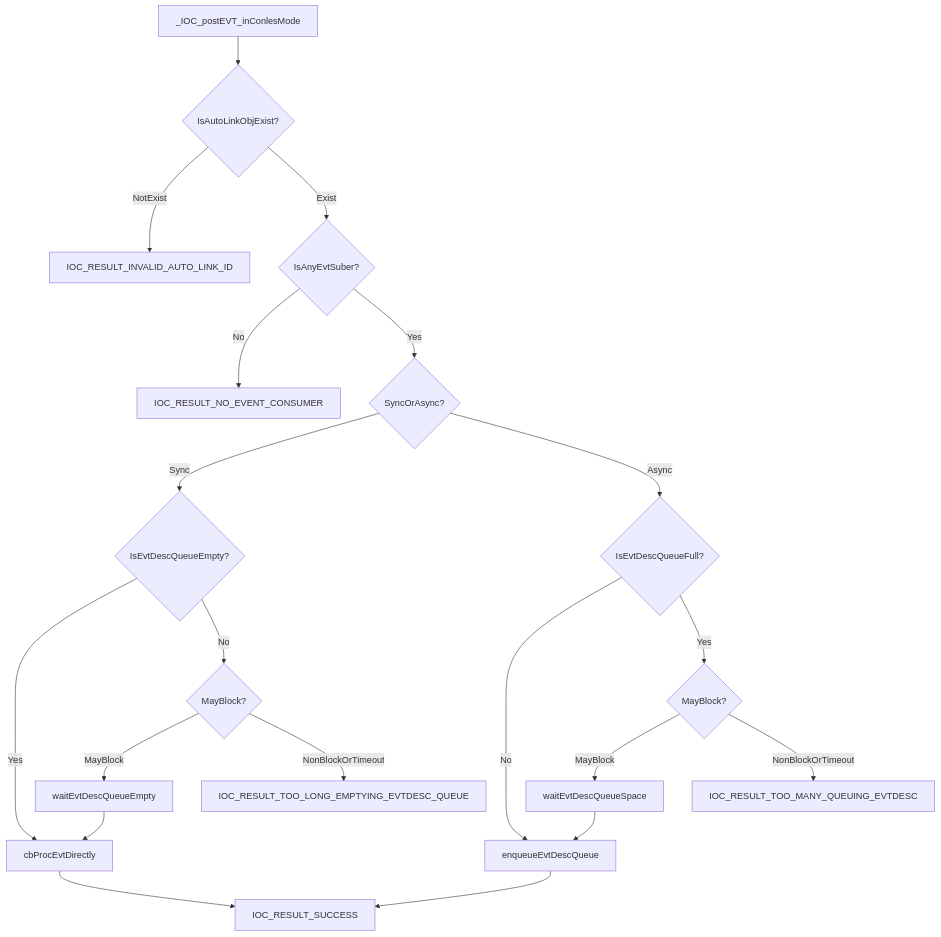
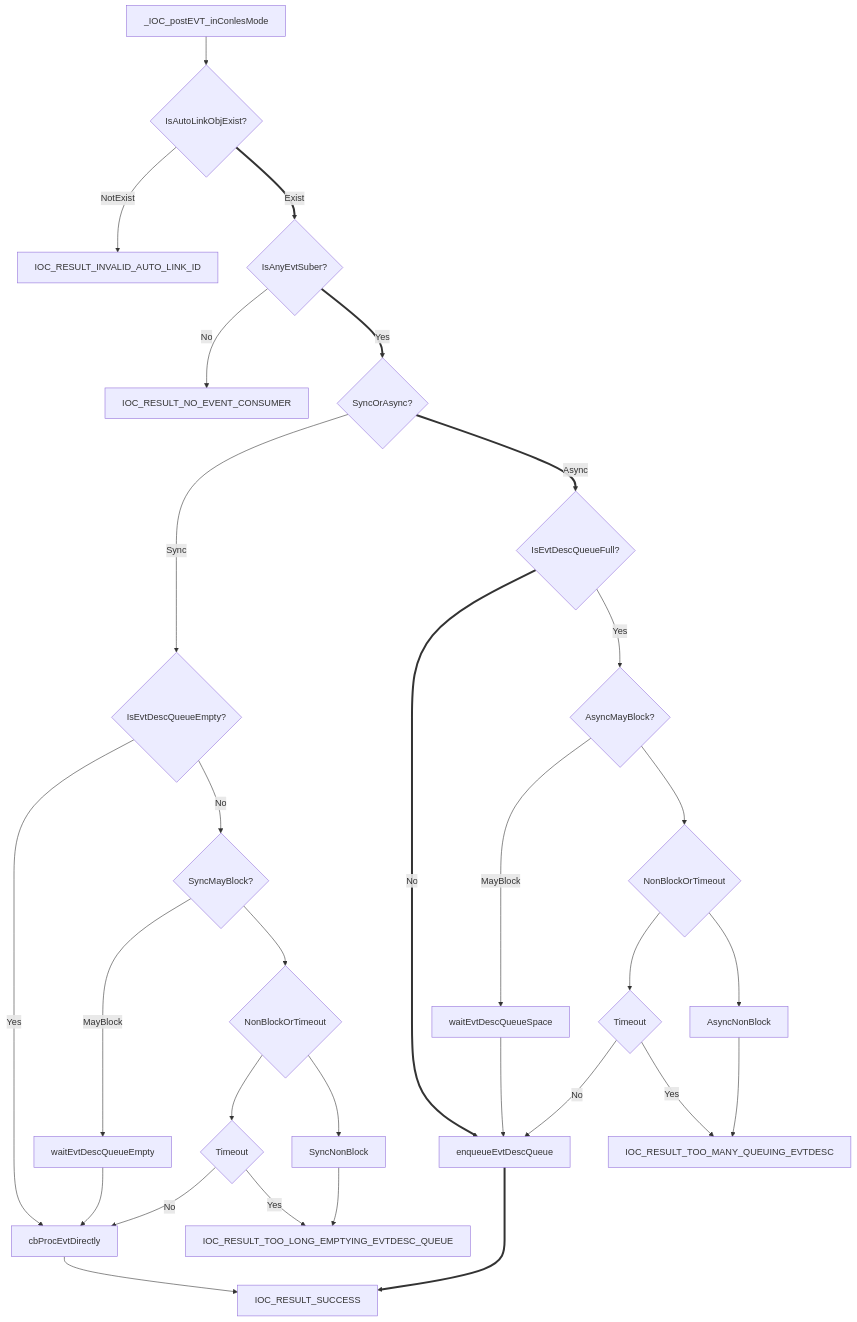
Before and after one commit to EnigmaWU/MyIOC_inTDD_withGHC: the second of 2 diagrams in Source/_IOC_ConlesEvent.md, drawn with Mermaid. The commit also changed 1 other file, not shown here.

Commit message:
Refactoring comments and flowchart of _IOC_postEVT_inConlesMode

````diff
--- a/Source/_IOC_ConlesEvent.md
+++ b/Source/_IOC_ConlesEvent.md
@@ -24,18 +24,29 @@
 ```mermaid
 flowchart TD
     _IOC_postEVT_inConlesMode --> AutoLinkObj{ IsAutoLinkObjExist? }
     AutoLinkObj -- NotExist --> IOC_RESULT_INVALID_AUTO_LINK_ID
-    AutoLinkObj -- Exist --> EvtSuber{ IsAnyEvtSuber? }
+    AutoLinkObj == Exist ==> EvtSuber{ IsAnyEvtSuber? }
     EvtSuber -- No --> IOC_RESULT_NO_EVENT_CONSUMER
-    EvtSuber -- Yes --> OptMode{ SyncOrAsync? }
+    EvtSuber == Yes ==> OptMode{ SyncOrAsync? }
+
     OptMode -- Sync --> IsEvtDescQueueEmpty{ IsEvtDescQueueEmpty? }
     IsEvtDescQueueEmpty -- Yes --> cbProcEvtDirectly
-    IsEvtDescQueueEmpty -- No --> OptWaitSync{ MayBlock? }
+    IsEvtDescQueueEmpty -- No --> OptWaitSync{ SyncMayBlock? }
     OptWaitSync -- MayBlock --> waitEvtDescQueueEmpty --> cbProcEvtDirectly --> IOC_RESULT_SUCCESS
-    OptWaitSync -- NonBlockOrTimeout --> IOC_RESULT_TOO_LONG_EMPTYING_EVTDESC_QUEUE
-    OptMode -- Async --> EvtDescQueue{ IsEvtDescQueueFull? }
-    EvtDescQueue -- No --> enqueueEvtDescQueue
-    EvtDescQueue -- Yes --> OptWaitASync{ MayBlock? }
-    OptWaitASync -- MayBlock --> waitEvtDescQueueSpace --> enqueueEvtDescQueue --> IOC_RESULT_SUCCESS
-    OptWaitASync -- NonBlockOrTimeout --> IOC_RESULT_TOO_MANY_QUEUING_EVTDESC
+    OptWaitSync --> SyncWaitMode{ NonBlockOrTimeout } 
+    SyncWaitMode --> SyncWaitTimeout{Timeout} 
+    SyncWaitTimeout -- No --> cbProcEvtDirectly
+    SyncWaitTimeout -- Yes --> IOC_RESULT_TOO_LONG_EMPTYING_EVTDESC_QUEUE
+    SyncWaitMode --> SyncNonBlock --> IOC_RESULT_TOO_LONG_EMPTYING_EVTDESC_QUEUE
+    
+    OptMode == Async ==> EvtDescQueue{ IsEvtDescQueueFull? }
+    EvtDescQueue == No ==> enqueueEvtDescQueue
+    EvtDescQueue -- Yes --> OptWaitASync{ AsyncMayBlock? }
+    OptWaitASync -- MayBlock --> waitEvtDescQueueSpace --> enqueueEvtDescQueue ===> IOC_RESULT_SUCCESS
+    OptWaitASync --> ASyncWaitMode{ NonBlockOrTimeout } 
+    ASyncWaitMode --> ASyncWaitTimeout{Timeout}
+    ASyncWaitTimeout -- No --> enqueueEvtDescQueue
+    ASyncWaitTimeout -- Yes --> IOC_RESULT_TOO_MANY_QUEUING_EVTDESC
+    ASyncWaitMode --> AsyncNonBlock --> IOC_RESULT_TOO_MANY_QUEUING_EVTDESC
+
 ```
````
